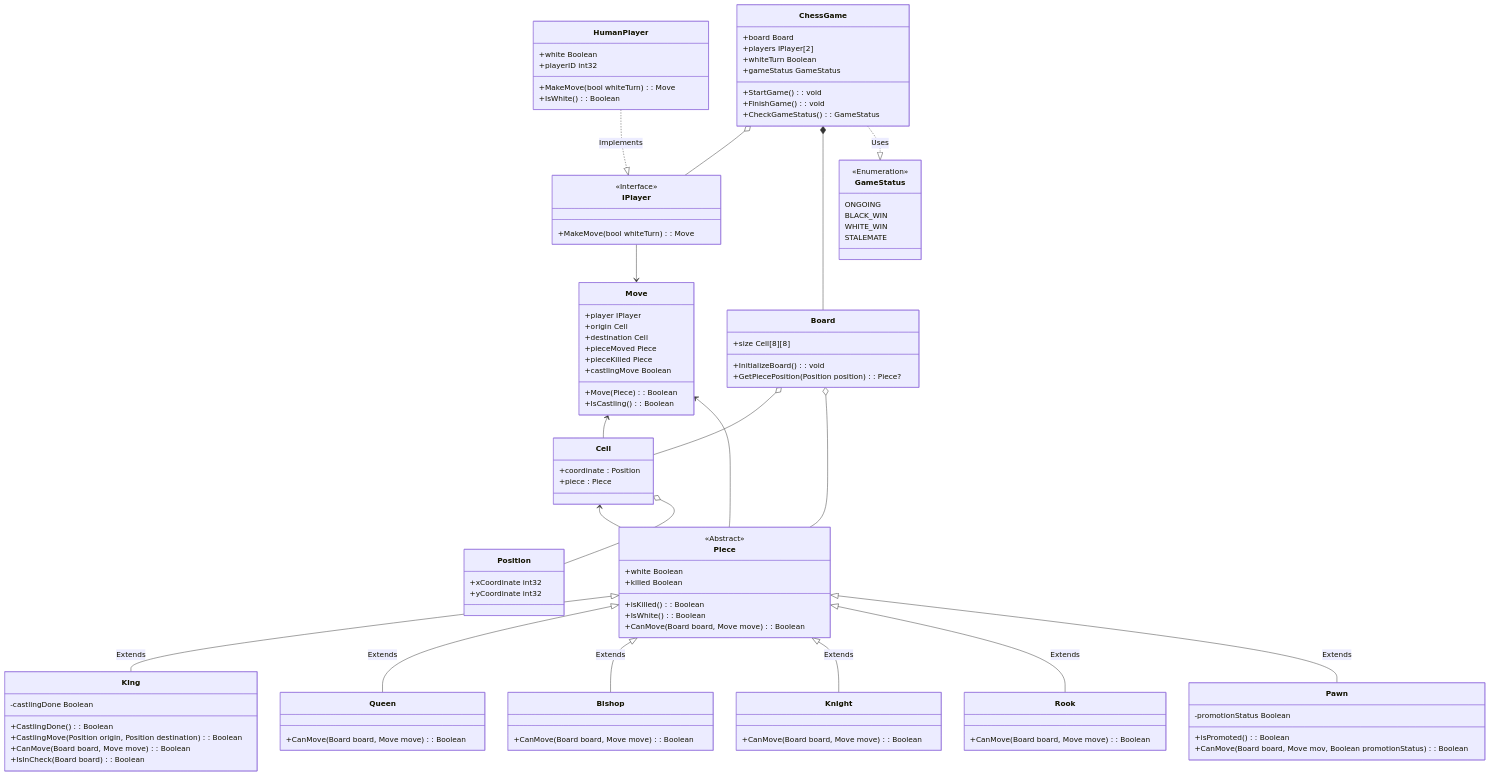
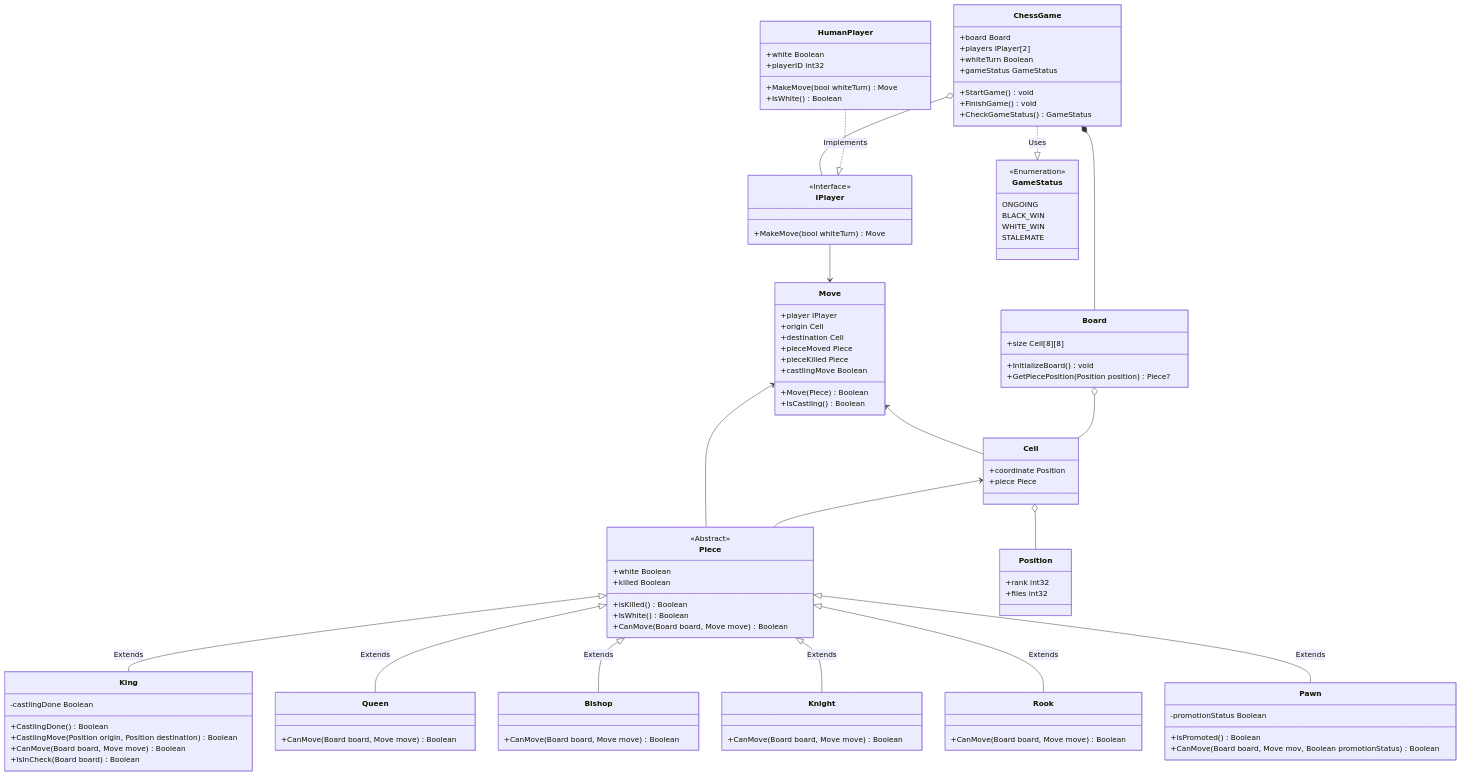
Before and after one commit to LuqmanAH/FormulatrixBootcampB3: the diagram in ClassDiagramProject - Week3/Deliverables/Diagram.md, drawn with Mermaid. The commit also changed 1 other file, not shown here.

Commit message:
Updated Diagram

````diff
--- a/ClassDiagramProject - Week3/Deliverables/Diagram.md
+++ b/ClassDiagramProject - Week3/Deliverables/Diagram.md
@@ -1,130 +1,130 @@
 ```mermaid
 classDiagram
-    %% Pieces Extension
-    Piece <|-- King : Extends
-    Piece <|-- Queen : Extends
-    Piece <|-- Bishop : Extends
-    Piece <|-- Knight : Extends
-    Piece <|-- Rook : Extends
-    Piece <|-- Pawn : Extends
+%% Pieces Extension
+Piece <|-- King : Extends
+Piece <|-- Queen : Extends
+Piece <|-- Bishop : Extends
+Piece <|-- Knight : Extends
+Piece <|-- Rook : Extends
+Piece <|-- Pawn : Extends
 
-    %% Implementation of IPlayer. May be further expanded
-    HumanPlayer ..|> IPlayer : Implements
+%% Implementation of IPlayer. May be further expanded
+HumanPlayer ..|> IPlayer : Implements
 
-    %% Baseline default object
-    Cell <-- Piece
-    Cell o-- Position
-    Board o-- Cell
+%% Baseline default object
+Cell <-- Piece
+Cell o-- Position
+Board o-- Cell
 
 
-    %% Movement Engine
-    Move <-- Cell
-    Move <-- Piece
-    Board o-- Piece
-    IPlayer --> Move
+%% Movement Engine
+Move <-- Cell
+Move <-- Piece
+%% Board o-- Piece
+IPlayer --> Move
 
-    %% Game Env Generation
-    ChessGame o-- IPlayer
-    ChessGame *-- Board
-    ChessGame ..|> GameStatus : Uses
+%% Game Env Generation
+ChessGame o-- IPlayer
+ChessGame *-- Board
+ChessGame ..|> GameStatus : Uses
+
+class ChessGame{
+    +board  Board
+    +players  IPlayer[2]
+    +whiteTurn  Boolean
+    +gameStatus GameStatus
+    +StartGame() void
+    +FinishGame() void
+    +CheckGameStatus() GameStatus
+
+}
+
+class Board{
     
-    class ChessGame{
-        +board  Board
-        +players  IPlayer[2]
-        +whiteTurn  Boolean
-        +gameStatus GameStatus
-        +StartGame() : void
-        +FinishGame() : void
-        +CheckGameStatus() : GameStatus
+    +size Cell[8][8]
+    +InitializeBoard() void
+    +GetPiecePosition(Position position) Piece?
 
-    }
+}
+class Cell{
+    
+    +coordinate Position
+    +piece Piece
+}
+class IPlayer{
+    <<Interface>>
+    +MakeMove(bool whiteTurn) Move
+}
+class HumanPlayer{
+    
+    +white Boolean
+    +playerID int32
+    +MakeMove(bool whiteTurn) Move
+    +IsWhite() Boolean
+}
+class Move{
+    
+    +player IPlayer
+    +origin  Cell
+    +destination  Cell
+    +pieceMoved  Piece
+    +pieceKilled  Piece
+    +castlingMove  Boolean
+    +Move(Piece) Boolean
+    +IsCastling() Boolean
+}
+class Position{
+    
+    +rank  int32
+    +files  int32
+}
+class GameStatus{
+    <<Enumeration>>
+    ONGOING
+    BLACK_WIN
+    WHITE_WIN
+    STALEMATE
+}
+class Piece{
+    <<Abstract>>
+    +white  Boolean
+    +killed  Boolean
+    +isKilled() Boolean
+    +IsWhite() Boolean
+    +CanMove(Board board, Move move) Boolean
 
-    class Board{
-        
-        +size Cell[8][8]
-        +InitializeBoard() : void
-        +GetPiecePosition(Position position) : Piece?
+}
+class King{
+    
+    -castlingDone Boolean
+    +CastlingDone() Boolean
+    +CastlingMove(Position origin, Position destination) Boolean
+    +CanMove(Board board, Move move) Boolean
+    +IsInCheck(Board board) Boolean
+}
+class Queen{
+    
+    +CanMove(Board board, Move move) Boolean
+}
+class Knight{
+    
+    +CanMove(Board board, Move move) Boolean
 
-    }
-    class Cell{
-        
-        +coordinate : Position
-        +piece : Piece
-    }
-    class IPlayer{
-        <<Interface>>
-        +MakeMove(bool whiteTurn) : Move
-    }
-    class HumanPlayer{
-        
-        +white Boolean
-        +playerID int32
-        +MakeMove(bool whiteTurn) : Move
-        +IsWhite() : Boolean
-    }
-    class Move{
-        
-        +player IPlayer
-        +origin  Cell
-        +destination  Cell
-        +pieceMoved  Piece
-        +pieceKilled  Piece
-        +castlingMove  Boolean
-        +Move(Piece) : Boolean
-        +IsCastling(): Boolean
-    }
-    class Position{
-        
-        +xCoordinate  int32
-        +yCoordinate  int32
-    }
-    class GameStatus{
-        <<Enumeration>>
-        ONGOING
-        BLACK_WIN
-        WHITE_WIN
-        STALEMATE
-    }
-    class Piece{
-        <<Abstract>>
-        +white  Boolean
-        +killed  Boolean
-        +isKilled() : Boolean
-        +IsWhite() : Boolean
-        +CanMove(Board board, Move move) : Boolean
+}
+class Bishop{
+    
+    +CanMove(Board board, Move move) Boolean
+    
+}
+class Rook{
+    
+    +CanMove(Board board, Move move) Boolean
 
-    }
-    class King{
-        
-        -castlingDone Boolean
-        +CastlingDone() : Boolean
-        +CastlingMove(Position origin, Position destination) : Boolean
-        +CanMove(Board board, Move move) : Boolean
-        +IsInCheck(Board board) : Boolean
-    }
-    class Queen{
-        
-        +CanMove(Board board, Move move) : Boolean
-    }
-    class Knight{
-        
-        +CanMove(Board board, Move move) : Boolean
-
-    }
-    class Bishop{
-        
-        +CanMove(Board board, Move move) : Boolean
-        
-    }
-    class Rook{
-        
-        +CanMove(Board board, Move move) : Boolean
-
-    }
-    class Pawn{
-        
-        -promotionStatus Boolean
-        +isPromoted() : Boolean
-        +CanMove(Board board, Move mov, Boolean promotionStatus) : Boolean
-    }
+}
+class Pawn{
+    
+    -promotionStatus Boolean
+    +isPromoted() Boolean
+    +CanMove(Board board, Move mov, Boolean promotionStatus) Boolean
+}
 ```
````
